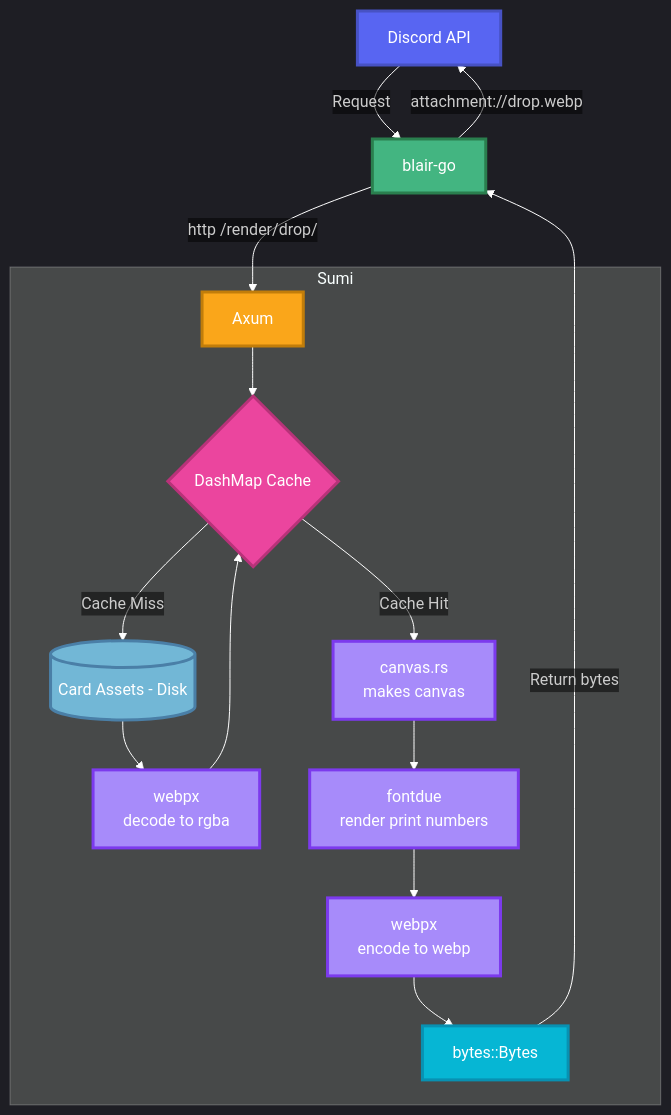
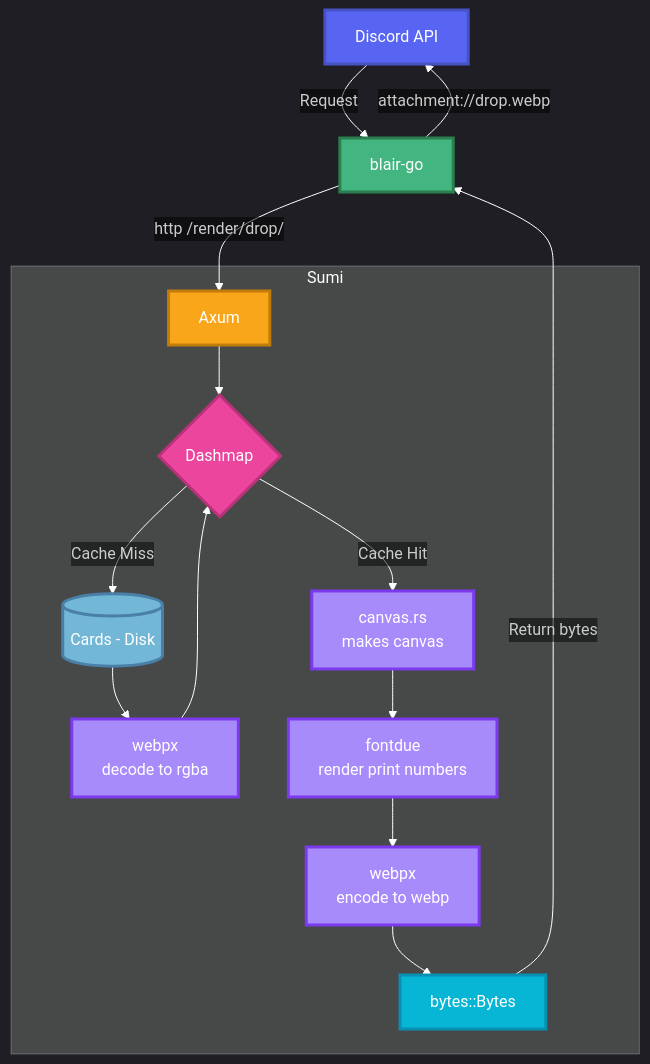
One commit to clarinep/sumi changed the diagram in README.md. Above: the diagram before and after it, drawn with Mermaid.

````diff
--- a/README.md
+++ b/README.md
@@ -55,61 +55,61 @@
 ```mermaid
 ---
 config:
   theme: dark
   themeVariables:
     primaryColor: "#1E1E1E"
     primaryTextColor: "#FFFFFF"
     lineColor: "#FFFFFF"
     tertiaryTextColor: "#FFFFFF"
     edgeLabelBackground: "transparent"
   padding: 30
 ---
 graph TD
     DiscordAPI[Discord API]
     BlairGo[blair-go]
     Sumi[Axum]
-    CardCache{DashMap Cache}
-    CardAssets[(Card Assets - Disk)]
+    CardCache{Dashmap}
+    CardAssets[(Cards - Disk)]
     WebpxDecode[webpx<br/>decode to rgba]
     CanvasComposite[canvas.rs<br/>makes canvas]
     Fontdue[fontdue<br/>render print numbers]
     WebpxEncode[webpx<br/>encode to webp]
     BytesOutput[bytes::Bytes]
 
     DiscordAPI -->|Request| BlairGo
     BlairGo -->|http /render/drop/| Sumi
 
     subgraph SumiRenderer["Sumi"]
         Sumi --> CardCache
         CardCache -->|Cache Miss| CardAssets
         CardAssets --> WebpxDecode
         WebpxDecode --> CardCache
         CardCache -->|Cache Hit| CanvasComposite
         CanvasComposite --> Fontdue
         Fontdue --> WebpxEncode
         WebpxEncode --> BytesOutput
     end
 
     BytesOutput -->|Return bytes| BlairGo
     BlairGo -->|attachment://drop.webp| DiscordAPI
 
     classDef discord fill:#5865F2,stroke:#4752C4,color:#fff,stroke-width:3px
     classDef bot fill:#43B581,stroke:#2A7F4E,color:#fff,stroke-width:3px
     classDef service fill:#FAA61A,stroke:#C17D0A,color:#fff,stroke-width:3px
     classDef cache fill:#EB459E,stroke:#B83279,color:#fff,stroke-width:3px
     classDef decision fill:#EB459E,stroke:#B83279,color:#fff,stroke-width:3px
     classDef storage fill:#72B7D6,stroke:#4A7FA7,color:#fff,stroke-width:3px
     classDef processing fill:#A78BFA,stroke:#7C3AED,color:#fff,stroke-width:3px
     classDef output fill:#06B6D4,stroke:#0891B2,color:#fff,stroke-width:3px
 
     class DiscordAPI discord
     class BlairGo bot
     class Sumi service
     class CardCache decision
     class CardAssets storage
     class WebpxDecode processing
     class CanvasComposite processing
     class Fontdue processing
     class WebpxEncode processing
     class BytesOutput output
  ```
````
